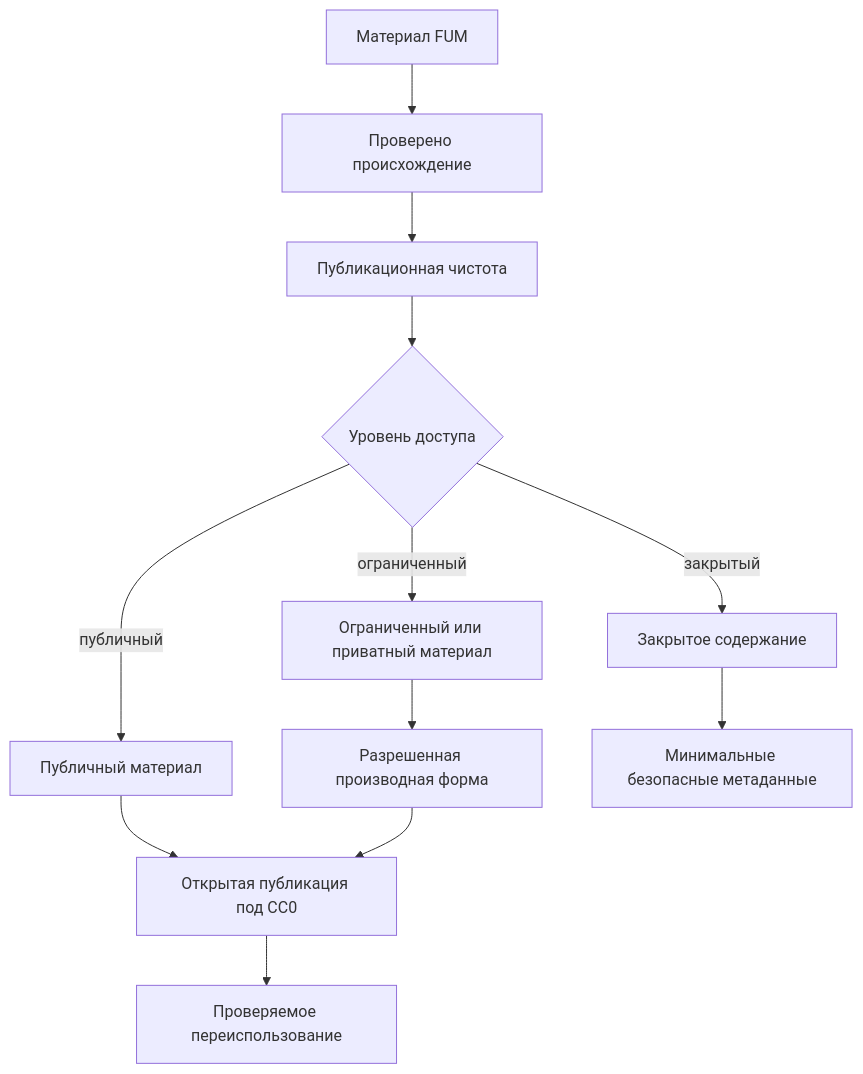
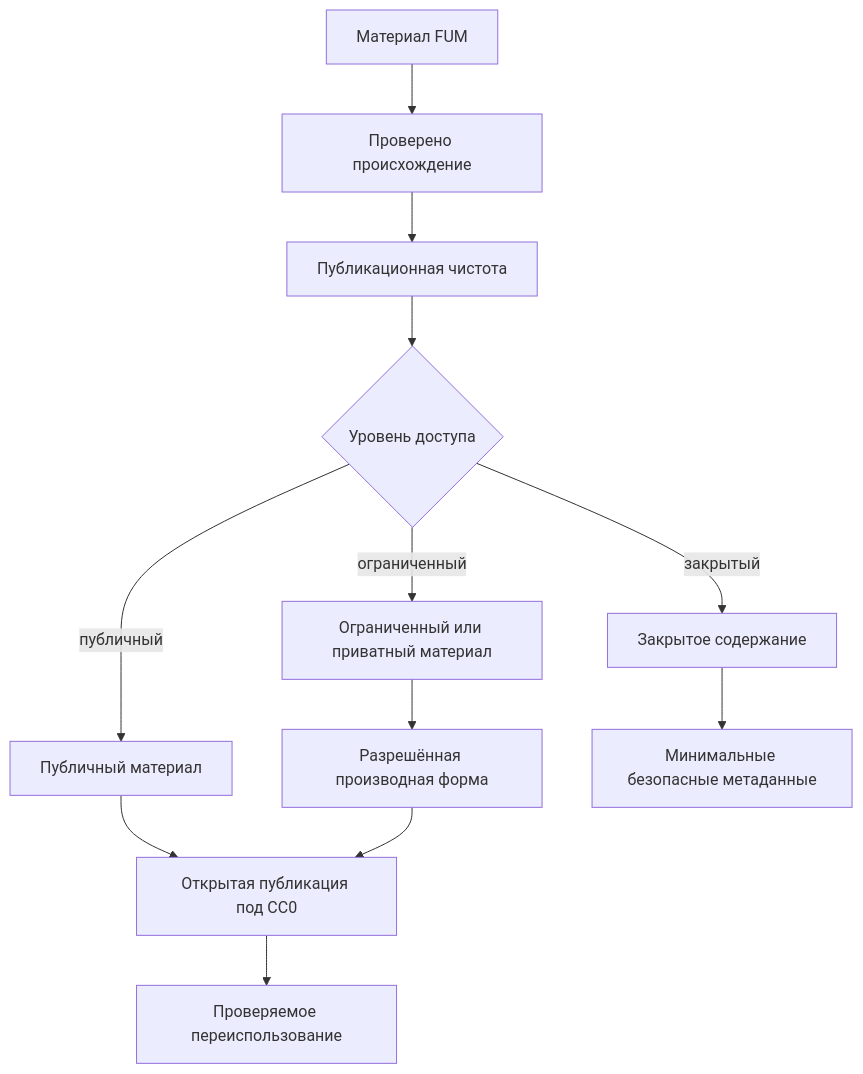
The diagram in Документация/02-публикация-и-лицензия.md (fum-lab/fum), drawn with Mermaid before and after one commit. The commit also changed other lines of this file and 187 other files, not shown here.

````diff
--- a/Документация/02-публикация-и-лицензия.md
+++ b/Документация/02-публикация-и-лицензия.md
@@ -25,14 +25,14 @@
 ```mermaid
 flowchart TD
     material["Материал FUM"] --> origin["Проверено происхождение"]
     origin --> clean["Публикационная чистота"]
     clean --> access{"Уровень доступа"}
     access -->|публичный| public["Публичный материал"]
     access -->|ограниченный| limited["Ограниченный или приватный материал"]
     access -->|закрытый| closed["Закрытое содержание"]
     public --> publish["Открытая публикация под CC0"]
-    limited --> allowed["Разрешенная производная форма"]
+    limited --> allowed["Разрешённая производная форма"]
     closed --> metadata["Минимальные безопасные метаданные"]
     allowed --> publish
     publish --> reuse["Проверяемое переиспользование"]
 ```
````
